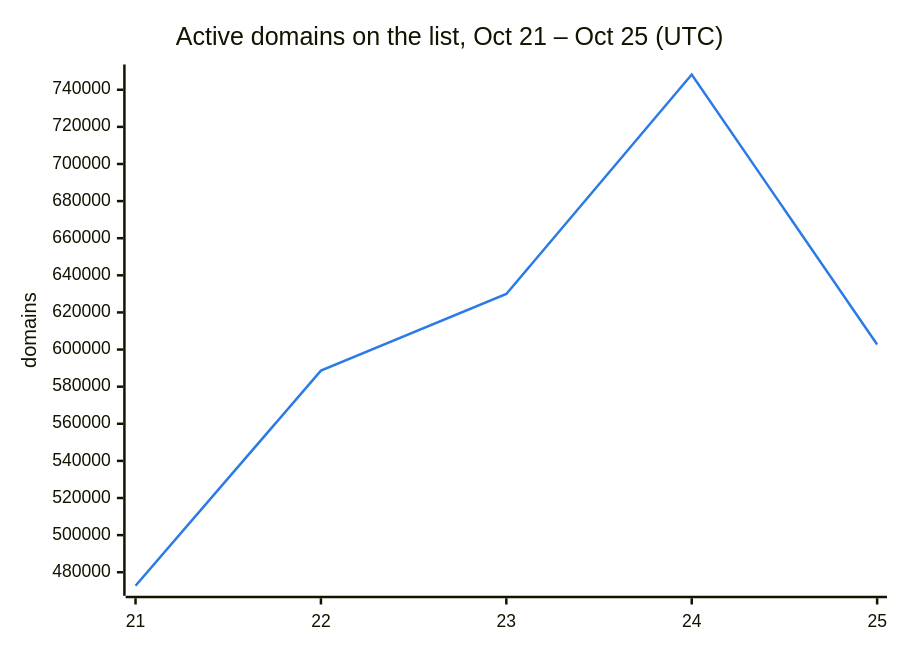
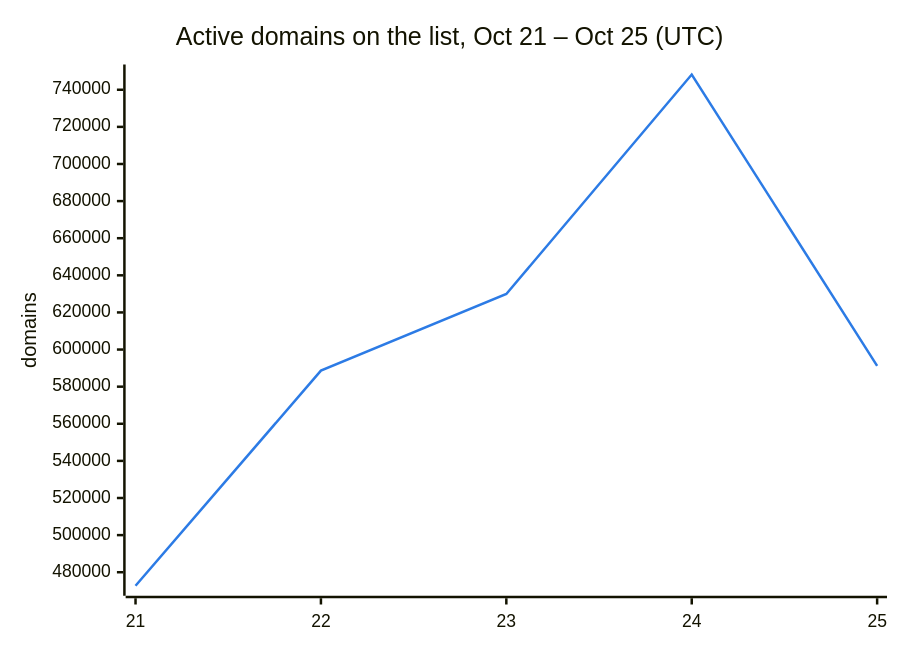
The second of 3 diagrams in README.md (DNSBunker/CTI), drawn with Mermaid before and after one commit. The commit also changed other lines of this file and 3 other files, not shown here.

````diff
--- a/README.md
+++ b/README.md
@@ -38,8 +38,8 @@
 ```mermaid
 %%{init: {"themeVariables": {"xyChart": {"plotColorPalette": "#2c7be5"}}}}%%
 xychart-beta
     title "Active domains on the list, Oct 21 – Oct 25 (UTC)"
     x-axis ["21", "22", "23", "24", "25"]
     y-axis "domains"
-    line [472713, 588659, 629951, 748222, 602745]
+    line [472713, 588659, 629951, 748222, 591228]
 ```
````
